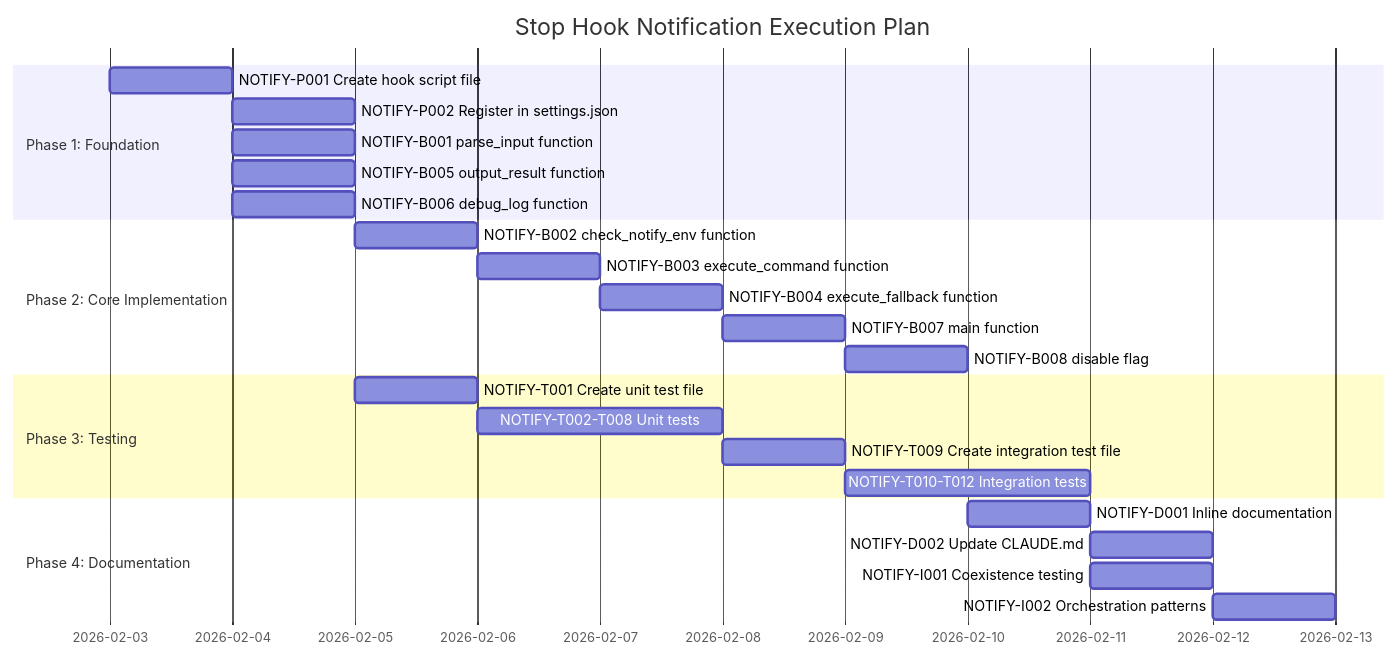
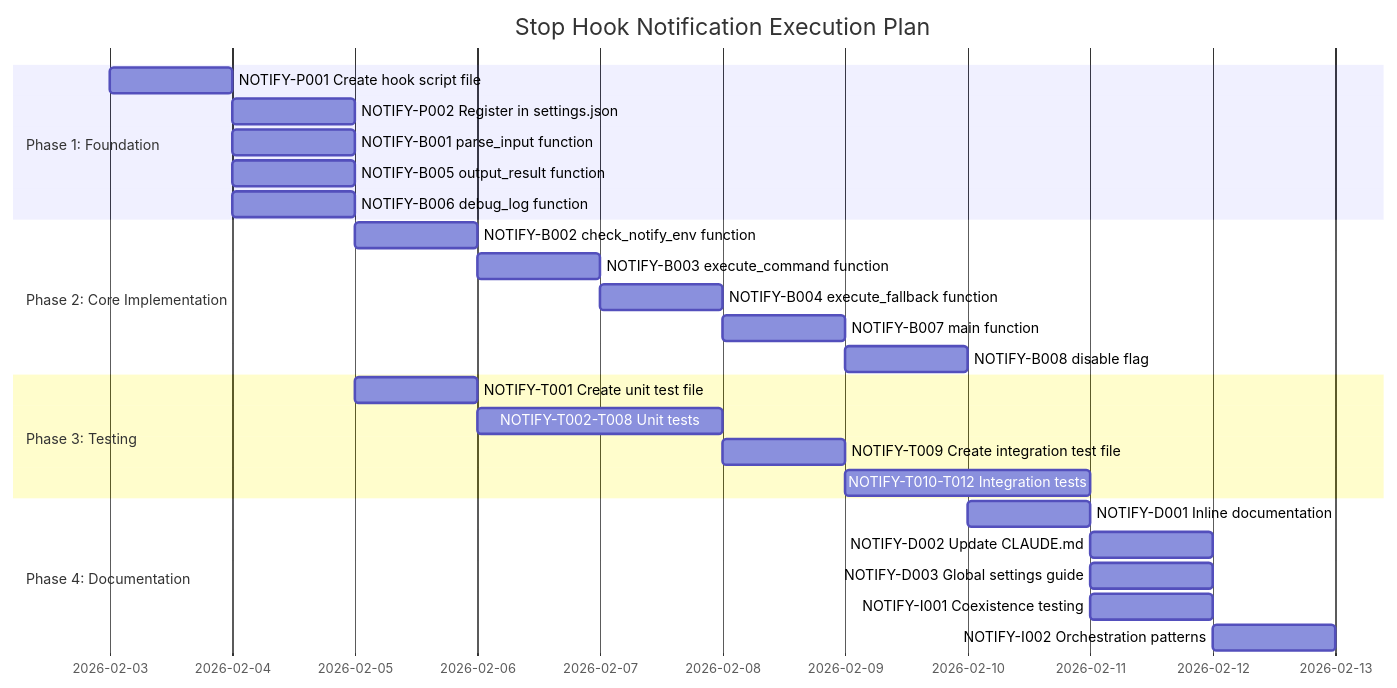
One commit to FortiumPartners/ensemble-vnext changed the third of 3 diagrams in docs/TRD/stop-hook-notification.md. Above: the diagram before and after it, drawn with Mermaid. The commit also changed other lines of this file and 5 other files, not shown here.

````diff
--- a/docs/TRD/stop-hook-notification.md
+++ b/docs/TRD/stop-hook-notification.md
@@ -414,31 +498,32 @@
 ```mermaid
 gantt
     title Stop Hook Notification Execution Plan
     dateFormat YYYY-MM-DD
 
     section Phase 1: Foundation
     NOTIFY-P001 Create hook script file           :p001, 2026-02-03, 1d
     NOTIFY-P002 Register in settings.json         :p002, after p001, 1d
     NOTIFY-B001 parse_input function              :b001, after p001, 1d
     NOTIFY-B005 output_result function            :b005, after p001, 1d
     NOTIFY-B006 debug_log function                :b006, after p001, 1d
 
     section Phase 2: Core Implementation
     NOTIFY-B002 check_notify_env function         :b002, after b001, 1d
     NOTIFY-B003 execute_command function          :b003, after b002, 1d
     NOTIFY-B004 execute_fallback function         :b004, after b003, 1d
     NOTIFY-B007 main function                     :b007, after b004, 1d
     NOTIFY-B008 disable flag                      :b008, after b007, 1d
 
     section Phase 3: Testing
     NOTIFY-T001 Create unit test file             :t001, after b005, 1d
     NOTIFY-T002-T008 Unit tests                   :t002, after t001, 2d
     NOTIFY-T009 Create integration test file      :t009, after t002, 1d
     NOTIFY-T010-T012 Integration tests            :t010, after t009, 2d
 
     section Phase 4: Documentation
     NOTIFY-D001 Inline documentation              :d001, after b008, 1d
     NOTIFY-D002 Update CLAUDE.md                  :d002, after d001, 1d
+    NOTIFY-D003 Global settings guide             :d003, after d001, 1d
     NOTIFY-I001 Coexistence testing               :i001, after t010, 1d
     NOTIFY-I002 Orchestration patterns            :i002, after i001, 1d
 ```
````
